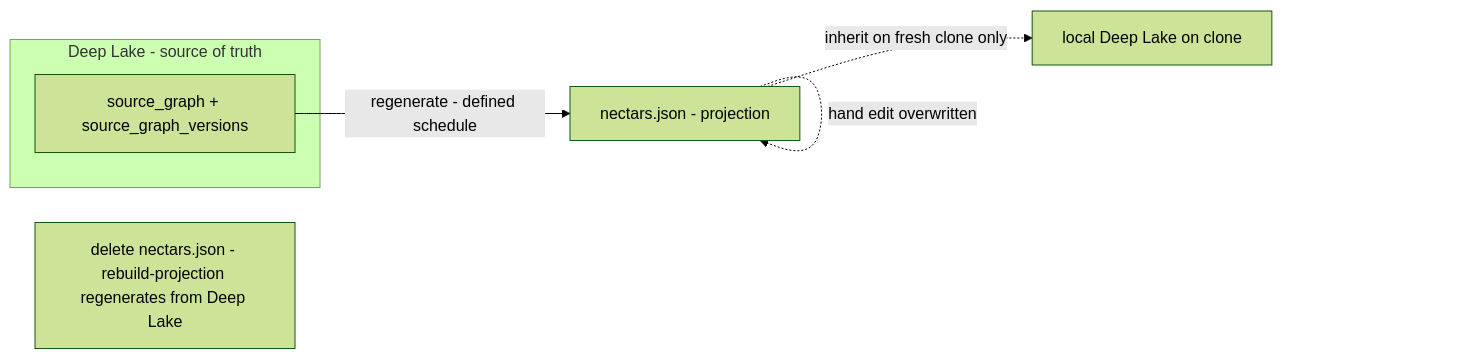
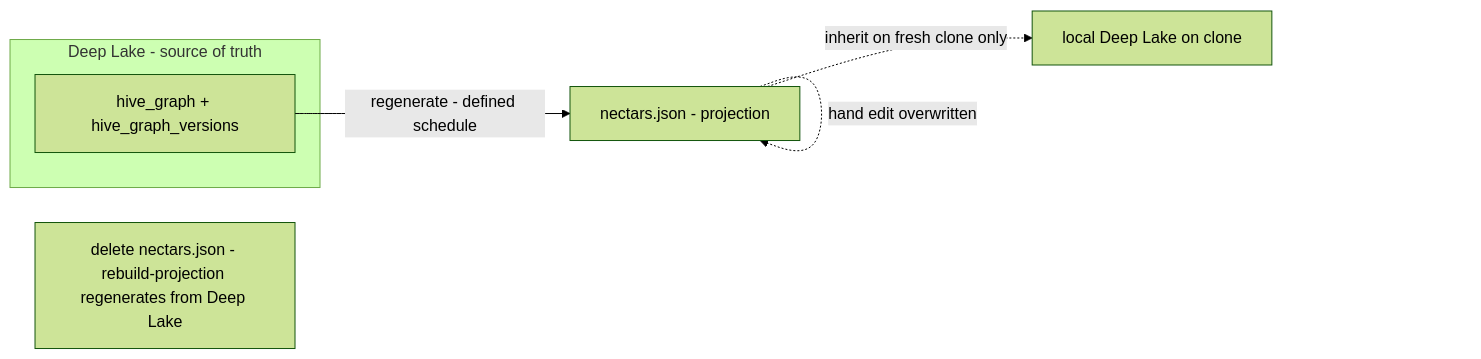
Before and after one commit to legioncodeinc/nectar: the diagram in library/knowledge/private/data/portable-registry-deep-dive/portable-registry-introduction-and-theory.md, drawn with Mermaid (forest theme). The commit also changed other lines of this file and 337 other files, not shown here.

````diff
--- a/library/knowledge/private/data/portable-registry-deep-dive/portable-registry-introduction-and-theory.md
+++ b/library/knowledge/private/data/portable-registry-deep-dive/portable-registry-introduction-and-theory.md
@@ -41,10 +41,10 @@
 ```mermaid
 flowchart LR
     subgraph deeplake[Deep Lake - source of truth]
-        sg["source_graph + source_graph_versions"]
+        sg["hive_graph + hive_graph_versions"]
     end
     sg -->|regenerate - defined schedule| proj["nectars.json - projection"]
     proj -.->|inherit on fresh clone only| local["local Deep Lake on clone"]
     proj -.->|hand edit overwritten| proj
     Note["delete nectars.json - rebuild-projection regenerates from Deep Lake"]
 ```
````
